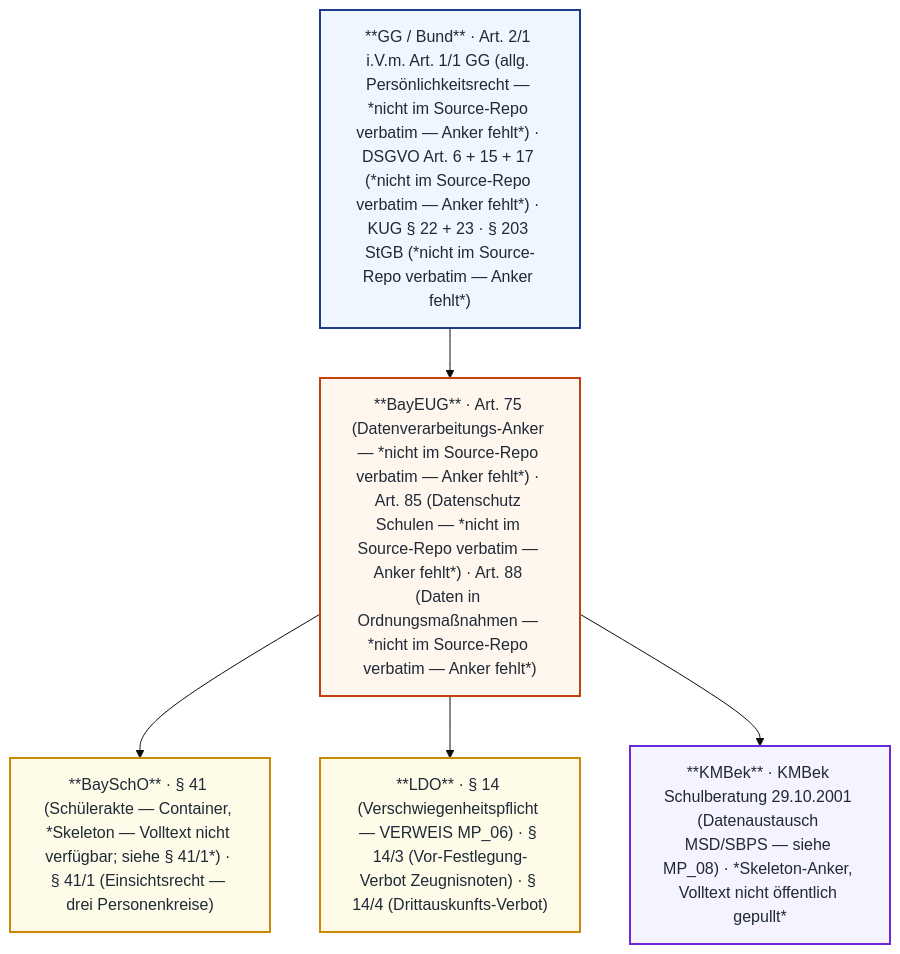
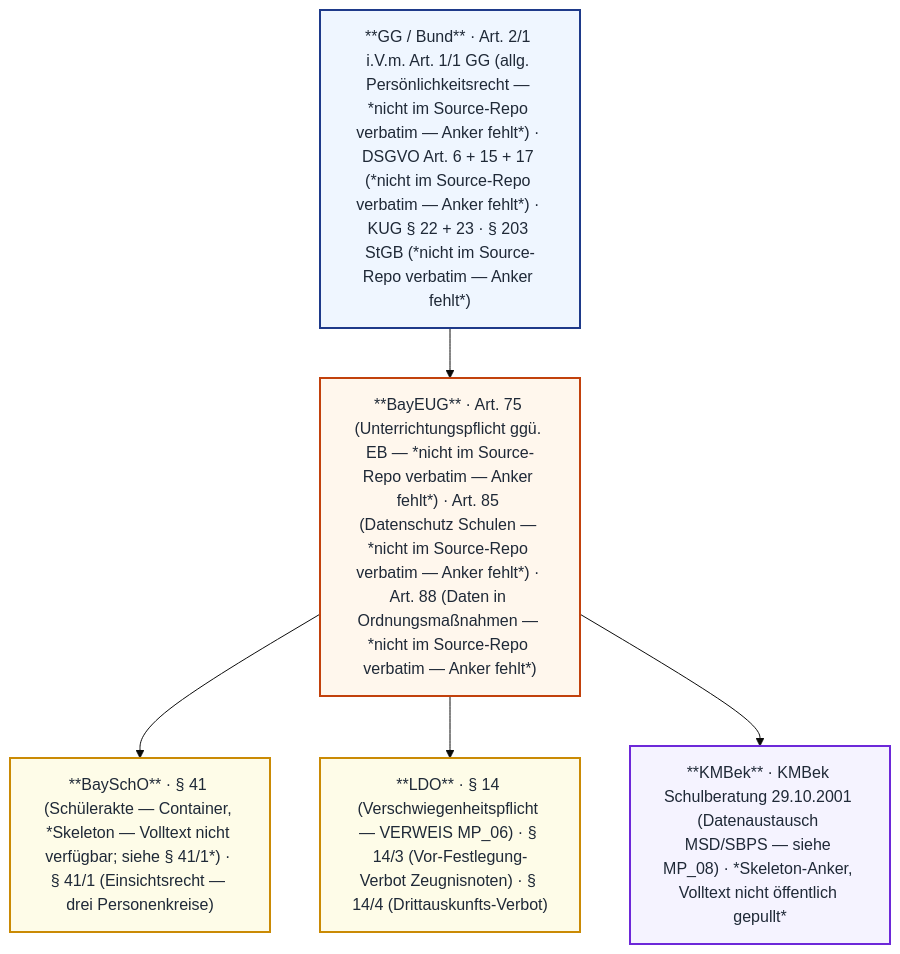
The first of 5 diagrams in _mkdocs/docs/mp09/index.md (snflsknfkldnfs/weitergehts-online), drawn with Mermaid (base theme) before and after one commit. The commit also changed other lines of this file and 7 other files, not shown here.

First line of the commit message:
MP_09 2nd-pass-Audit-Fixes: Art. 75 BayEUG-Charakterisierung praezisiert · § 203 StGB Beratungs-LK enger gefasst · § 14/3-Stempel korrigiert

````diff
--- a/_mkdocs/docs/mp09/index.md
+++ b/_mkdocs/docs/mp09/index.md
@@ -13,18 +13,18 @@
 ```mermaid
 flowchart TB
     GG["**GG / Bund** · Art. 2/1 i.V.m. Art. 1/1 GG (allg. Persönlichkeitsrecht — *nicht im Source-Repo verbatim — Anker fehlt*) · DSGVO Art. 6 + 15 + 17 (*nicht im Source-Repo verbatim — Anker fehlt*) · KUG § 22 + 23 · § 203 StGB (*nicht im Source-Repo verbatim — Anker fehlt*)"]:::bund
-    BAY["**BayEUG** · Art. 75 (Datenverarbeitungs-Anker — *nicht im Source-Repo verbatim — Anker fehlt*) · Art. 85 (Datenschutz Schulen — *nicht im Source-Repo verbatim — Anker fehlt*) · Art. 88 (Daten in Ordnungsmaßnahmen — *nicht im Source-Repo verbatim — Anker fehlt*)"]:::bay
+    BAY["**BayEUG** · Art. 75 (Unterrichtungspflicht ggü. EB — *nicht im Source-Repo verbatim — Anker fehlt*) · Art. 85 (Datenschutz Schulen — *nicht im Source-Repo verbatim — Anker fehlt*) · Art. 88 (Daten in Ordnungsmaßnahmen — *nicht im Source-Repo verbatim — Anker fehlt*)"]:::bay
     SCHO["**BaySchO** · § 41 (Schülerakte — Container, *Skeleton — Volltext nicht verfügbar; siehe § 41/1*) · § 41/1 (Einsichtsrecht — drei Personenkreise)"]:::vo
     LDO["**LDO** · § 14 (Verschwiegenheitspflicht — VERWEIS MP_06) · § 14/3 (Vor-Festlegung-Verbot Zeugnisnoten) · § 14/4 (Drittauskunfts-Verbot)"]:::vo
     KMBEK["**KMBek** · KMBek Schulberatung 29.10.2001 (Datenaustausch MSD/SBPS — siehe MP_08) · *Skeleton-Anker, Volltext nicht öffentlich gepullt*"]:::kmbek
 
     GG --> BAY
     BAY --> SCHO
     BAY --> LDO
     BAY --> KMBEK
 
     classDef bund fill:#eff6ff,stroke:#1e3a8a,stroke-width:2px,color:#1f2937
     classDef bay fill:#fff7ed,stroke:#c2410c,stroke-width:2px,color:#1f2937
     classDef vo fill:#fefce8,stroke:#ca8a04,stroke-width:2px,color:#1f2937
     classDef kmbek fill:#f5f3ff,stroke:#6d28d9,stroke-width:2px,color:#1f2937
 ```
````
